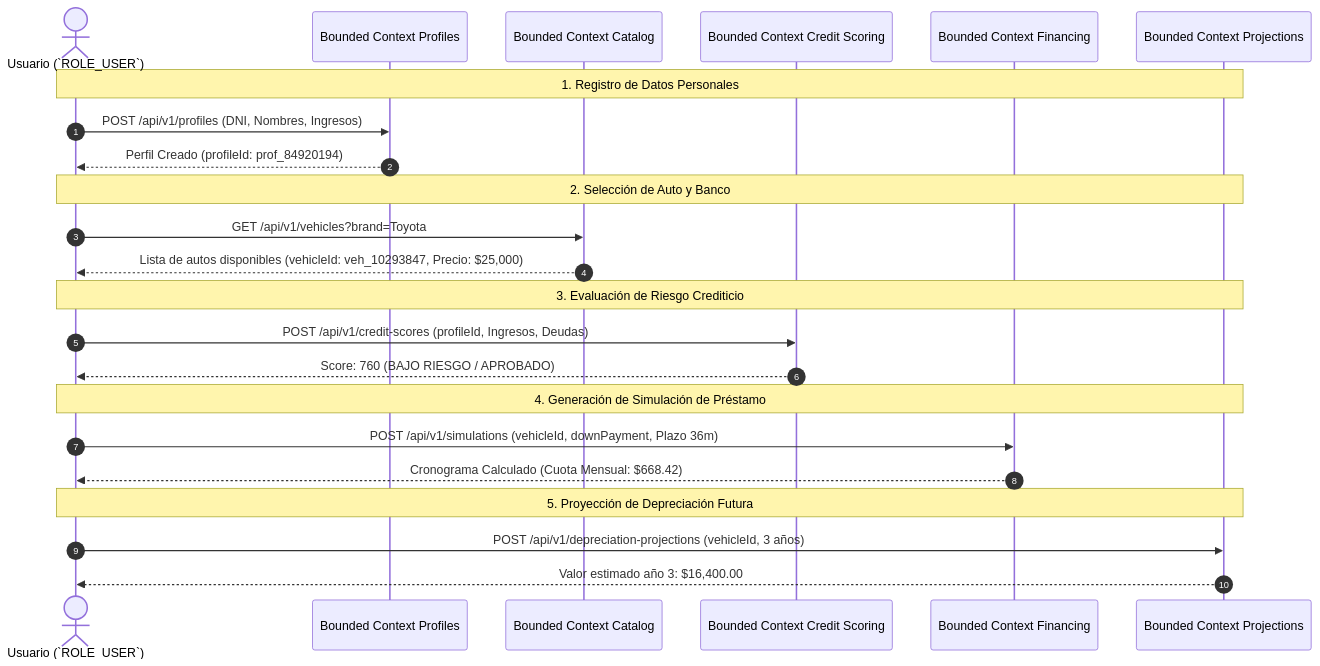
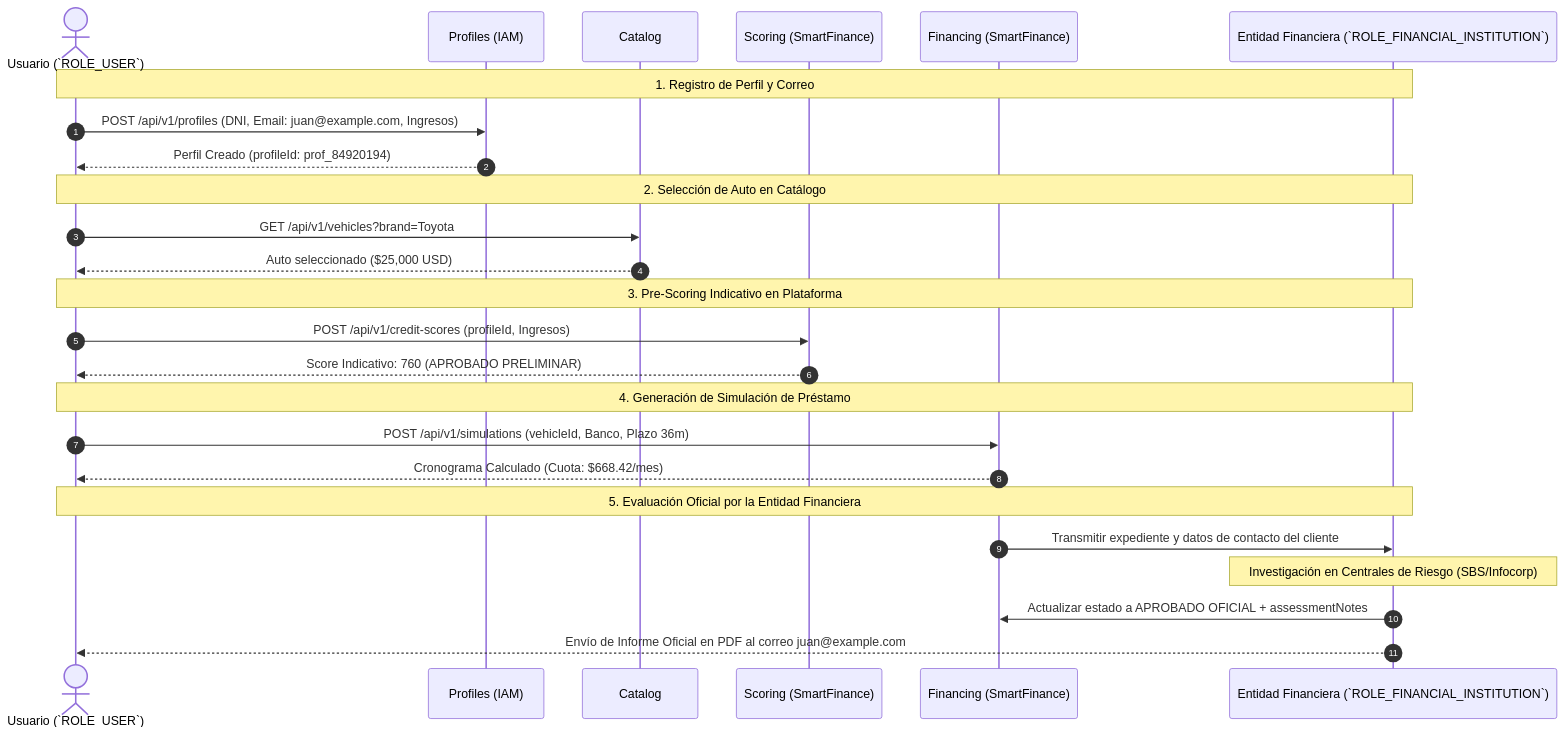
The second of 2 diagrams in docs/credit-evaluation-flow.md (tux-squad/smartfinance-drive-platform), drawn with Mermaid before and after one commit. The commit also changed other lines of this file, not shown here.

Commit message:
docs(financing): update credit evaluation guide to use Mermaid diagrams for intermediation model

````diff
--- a/docs/credit-evaluation-flow.md
+++ b/docs/credit-evaluation-flow.md
@@ -195,30 +222,32 @@
 ```mermaid
 sequenceDiagram
     autonumber
     actor Cliente as Usuario (`ROLE_USER`)
-    participant Profiles as Bounded Context Profiles
-    participant Catalog as Bounded Context Catalog
-    participant Scoring as Bounded Context Credit Scoring
-    participant Financing as Bounded Context Financing
-    participant Projections as Bounded Context Projections
+    participant Profiles as Profiles (IAM)
+    participant Catalog as Catalog
+    participant Scoring as Scoring (SmartFinance)
+    participant Financing as Financing (SmartFinance)
+    participant Banco as Entidad Financiera (`ROLE_FINANCIAL_INSTITUTION`)
 
-    Note over Cliente, Projections: 1. Registro de Datos Personales
-    Cliente->>Profiles: POST /api/v1/profiles (DNI, Nombres, Ingresos)
+    Note over Cliente, Banco: 1. Registro de Perfil y Correo
+    Cliente->>Profiles: POST /api/v1/profiles (DNI, Email: juan@example.com, Ingresos)
     Profiles-->>Cliente: Perfil Creado (profileId: prof_84920194)
 
-    Note over Cliente, Projections: 2. Selección de Auto y Banco
+    Note over Cliente, Banco: 2. Selección de Auto en Catálogo
     Cliente->>Catalog: GET /api/v1/vehicles?brand=Toyota
-    Catalog-->>Cliente: Lista de autos disponibles (vehicleId: veh_10293847, Precio: $25,000)
+    Catalog-->>Cliente: Auto seleccionado ($25,000 USD)
 
-    Note over Cliente, Projections: 3. Evaluación de Riesgo Crediticio
-    Cliente->>Scoring: POST /api/v1/credit-scores (profileId, Ingresos, Deudas)
-    Scoring-->>Cliente: Score: 760 (BAJO RIESGO / APROBADO)
+    Note over Cliente, Banco: 3. Pre-Scoring Indicativo en Plataforma
+    Cliente->>Scoring: POST /api/v1/credit-scores (profileId, Ingresos)
+    Scoring-->>Cliente: Score Indicativo: 760 (APROBADO PRELIMINAR)
 
-    Note over Cliente, Projections: 4. Generación de Simulación de Préstamo
-    Cliente->>Financing: POST /api/v1/simulations (vehicleId, downPayment, Plazo 36m)
-    Financing-->>Cliente: Cronograma Calculado (Cuota Mensual: $668.42)
+    Note over Cliente, Banco: 4. Generación de Simulación de Préstamo
+    Cliente->>Financing: POST /api/v1/simulations (vehicleId, Banco, Plazo 36m)
+    Financing-->>Cliente: Cronograma Calculado (Cuota: $668.42/mes)
 
-    Note over Cliente, Projections: 5. Proyección de Depreciación Futura
-    Cliente->>Projections: POST /api/v1/depreciation-projections (vehicleId, 3 años)
-    Projections-->>Cliente: Valor estimado año 3: $16,400.00
+    Note over Cliente, Banco: 5. Evaluación Oficial por la Entidad Financiera
+    Financing->>Banco: Transmitir expediente y datos de contacto del cliente
+    Note over Banco: Investigación en Centrales de Riesgo (SBS/Infocorp)
+    Banco->>Financing: Actualizar estado a APROBADO OFICIAL + assessmentNotes
+    Banco-->>Cliente: Envío de Informe Oficial en PDF al correo juan@example.com
 ```
````
